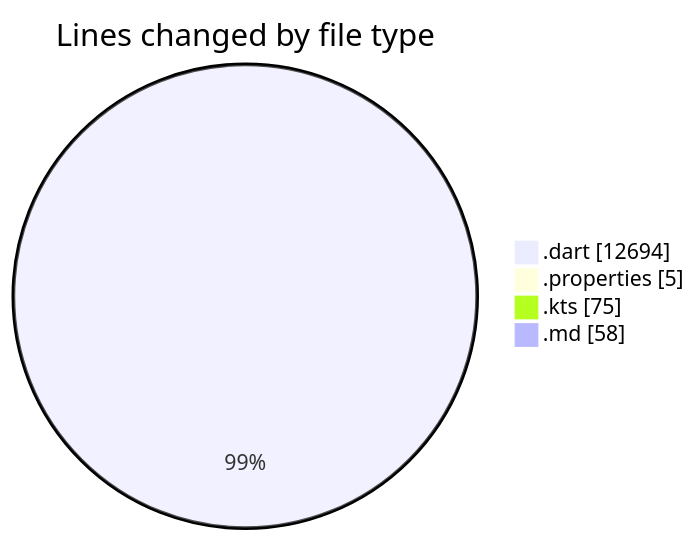
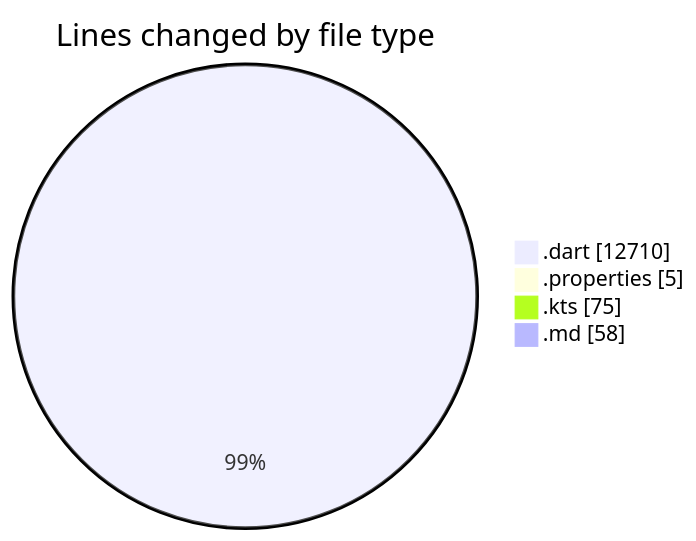
Before and after one commit to lephambinh05/code-tracking: the first of 2 diagrams in 2025-08-25/studybuddy/README.md, drawn with Mermaid. The commit also changed other lines of this file and 1 other file, not shown here.

````diff
--- a/2025-08-25/studybuddy/README.md
+++ b/2025-08-25/studybuddy/README.md
@@ -57,8 +57,8 @@
 ```mermaid
 pie showData
 title Lines changed by file type
-".dart" : 12694
+".dart" : 12710
 ".properties" : 5
 ".kts" : 75
 ".md" : 58
 ```
````
